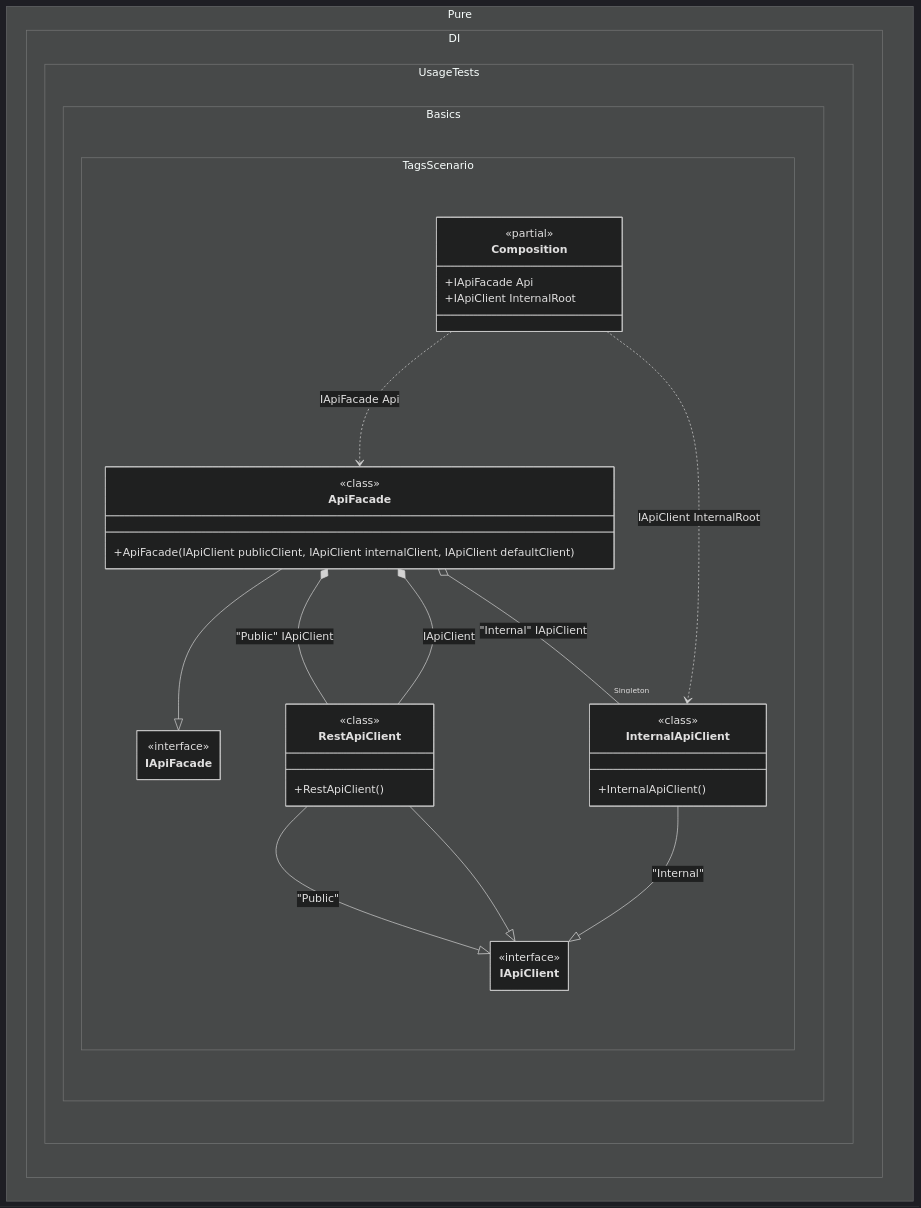
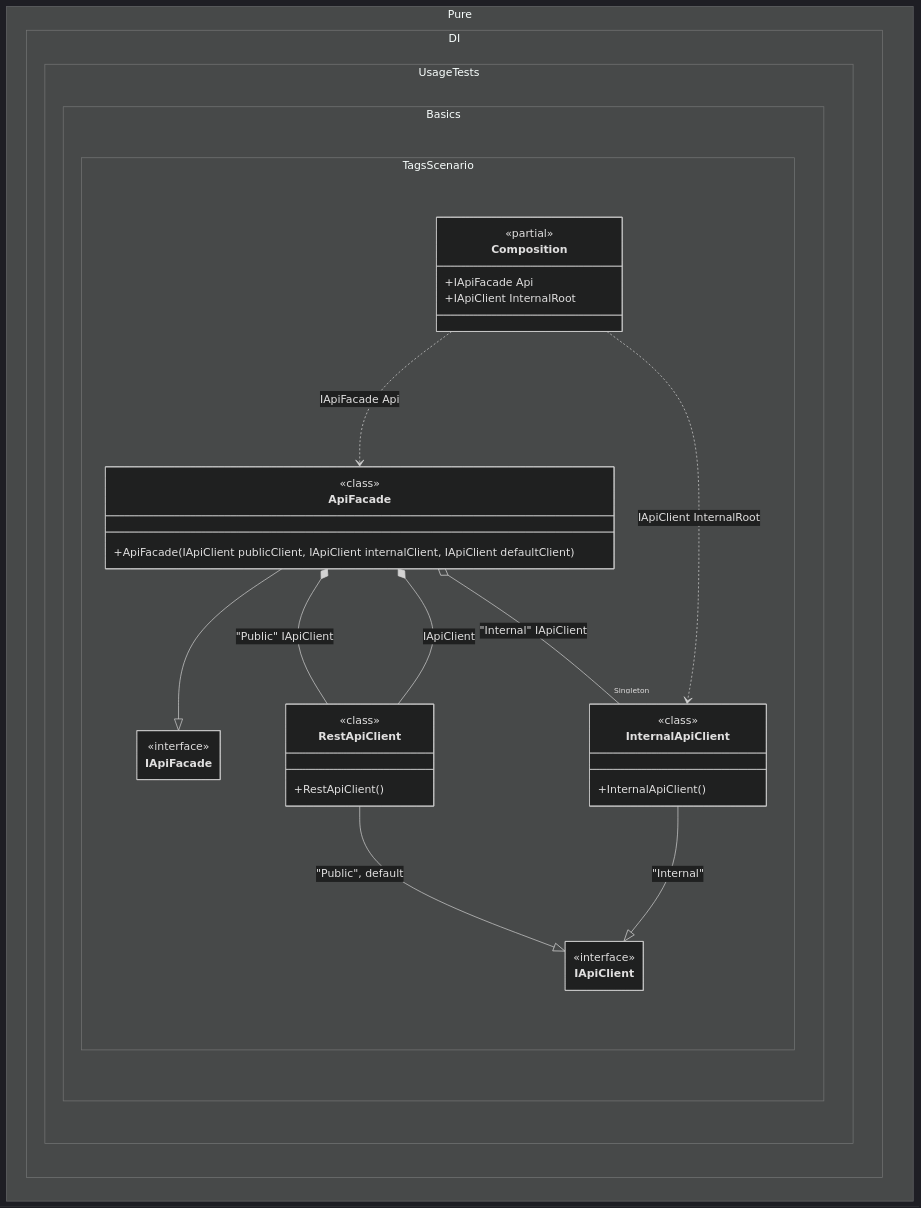
The diagram in readme/tags.md (MaiKuraki/Pure.DI), drawn with Mermaid (dark theme) before and after one commit. The commit also changed 152 other files, not shown here.

````diff
--- a/readme/tags.md
+++ b/readme/tags.md
@@ -148,44 +148,41 @@
 ```mermaid
 ---
  config:
-  maxTextSize: 2147483647
-  maxEdges: 2147483647
   class:
    hideEmptyMembersBox: true
 ---
 classDiagram
-	RestApiClient --|> IApiClient : "Public" 
-	RestApiClient --|> IApiClient
-	InternalApiClient --|> IApiClient : "Internal" 
+	RestApiClient --|> IApiClient : "Public", default
+	InternalApiClient --|> IApiClient : "Internal"
 	ApiFacade --|> IApiFacade
 	Composition ..> ApiFacade : IApiFacade Api
 	Composition ..> InternalApiClient : IApiClient InternalRoot
-	ApiFacade *--  RestApiClient : "Public"  IApiClient
-	ApiFacade *--  RestApiClient : IApiClient
-	ApiFacade o-- "Singleton" InternalApiClient : "Internal"  IApiClient
+	ApiFacade *-- RestApiClient : "Public" IApiClient
+	ApiFacade *-- RestApiClient : IApiClient
+	ApiFacade o-- "Singleton" InternalApiClient : "Internal" IApiClient
 	namespace Pure.DI.UsageTests.Basics.TagsScenario {
 		class ApiFacade {
 				<<class>>
 			+ApiFacade(IApiClient publicClient, IApiClient internalClient, IApiClient defaultClient)
 		}
 		class Composition {
 		<<partial>>
 		+IApiFacade Api
 		+IApiClient InternalRoot
 		}
 		class IApiClient {
 			<<interface>>
 		}
 		class IApiFacade {
 			<<interface>>
 		}
 		class InternalApiClient {
 				<<class>>
 			+InternalApiClient()
 		}
 		class RestApiClient {
 				<<class>>
 			+RestApiClient()
 		}
 	}
 ```
````
